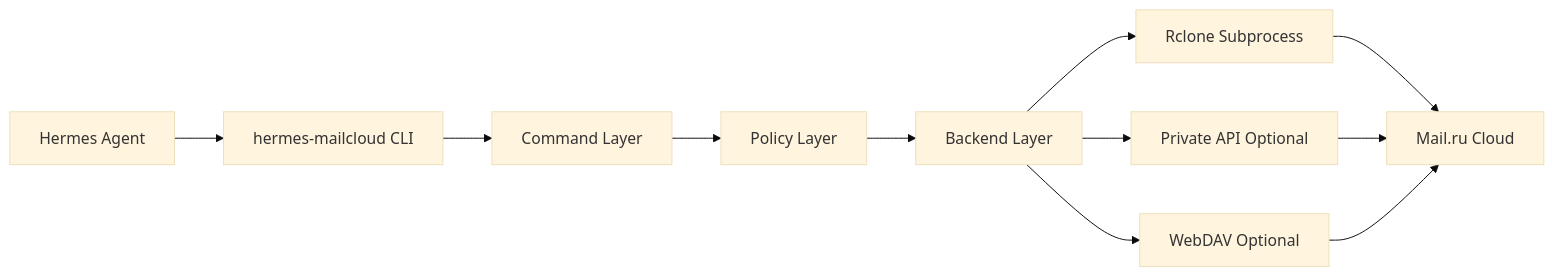
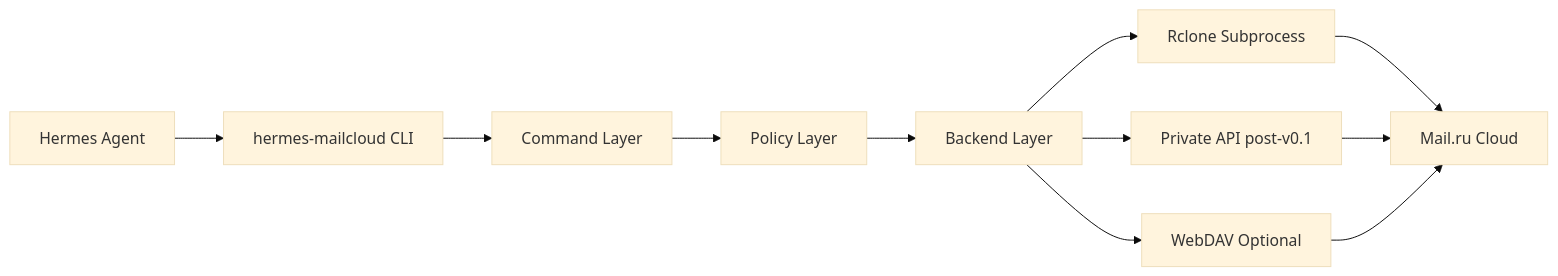
The diagram in docs/01-architecture.md (VladimirMonin/hermes-mailcloud), drawn with Mermaid (base theme) before and after one commit. The commit also changed other lines of this file and 20 other files, not shown here.

Commit message:
docs: freeze v0.1 contracts and schema gates

````diff
--- a/docs/01-architecture.md
+++ b/docs/01-architecture.md
@@ -37,13 +47,13 @@
 ```mermaid
 flowchart LR
     A[Hermes Agent] --> B[hermes-mailcloud CLI]
     B --> C[Command Layer]
     C --> D[Policy Layer]
     D --> E[Backend Layer]
     E --> F[Rclone Subprocess]
-    E --> G[Private API Optional]
+    E --> G[Private API post-v0.1]
     E --> H[WebDAV Optional]
     F --> I[Mail.ru Cloud]
     G --> I
     H --> I
 ```
````
